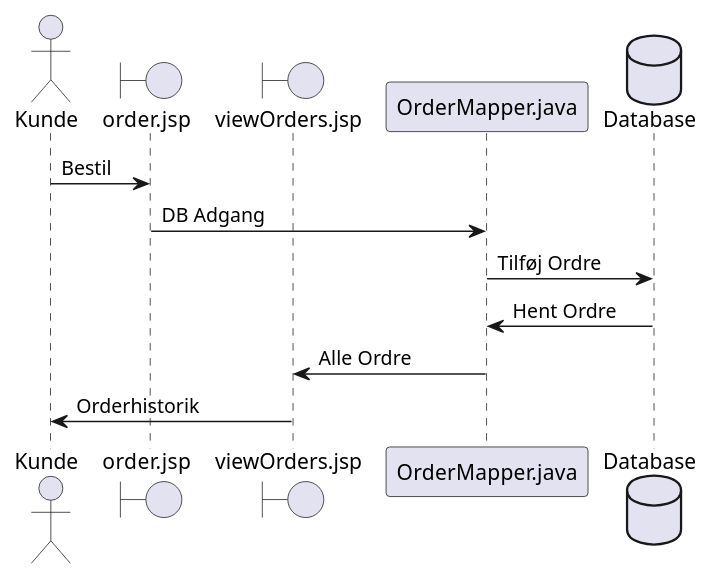
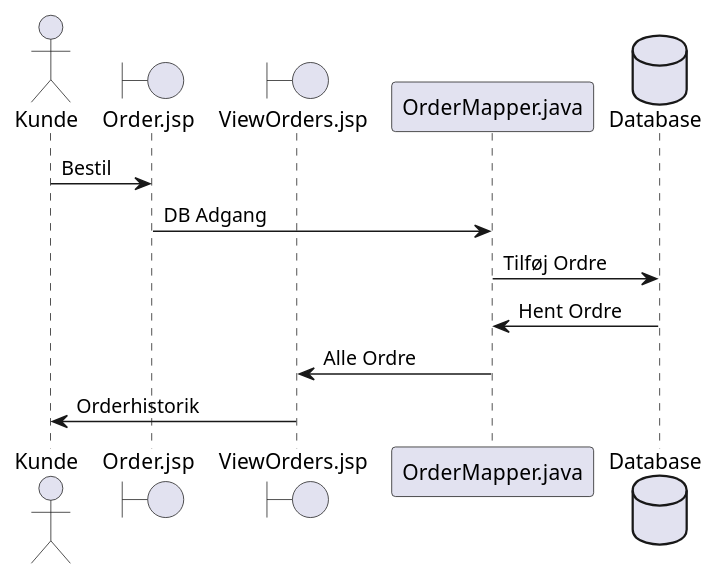
The diagram in src/main/java/UML/SequenceDiagramPlaceOrder.puml (NikolajX4000/Sem2Exam), drawn with PlantUML before and after one commit. The commit also changed 1 other file, not shown here.

Commit message:
SequenceDiagram Place Order (UML) SequenceDiagram View Order (UML)

```diff
--- a/src/main/java/UML/SequenceDiagramPlaceOrder.puml
+++ b/src/main/java/UML/SequenceDiagramPlaceOrder.puml
@@ -1,17 +1,16 @@
 @startuml
-skinparam shadowing false
 
 actor Kunde
-boundary "order.jsp" as Bestil
-boundary "viewOrders.jsp" as Bestillinger
+boundary "Order.jsp" as Order
+boundary "ViewOrders.jsp" as Orders
 participant "OrderMapper.java" as OM
-database "Database" as DataBase
+database "Database" as DB
 
-Kunde -> Bestil : Bestil
-Bestil -> OM : DB Adgang
-OM -> DataBase : Tilføj Ordre
-DataBase -> OM : Hent Ordre
-OM -> Bestillinger : Alle Ordre
-Bestillinger -> Kunde : Orderhistorik
+Kunde -> Order : Bestil
+Order -> OM : DB Adgang
+OM -> DB : Tilføj Ordre
+DB -> OM : Hent Ordre
+OM -> Orders : Alle Ordre
+Orders -> Kunde : Orderhistorik
 
 @enduml
```
